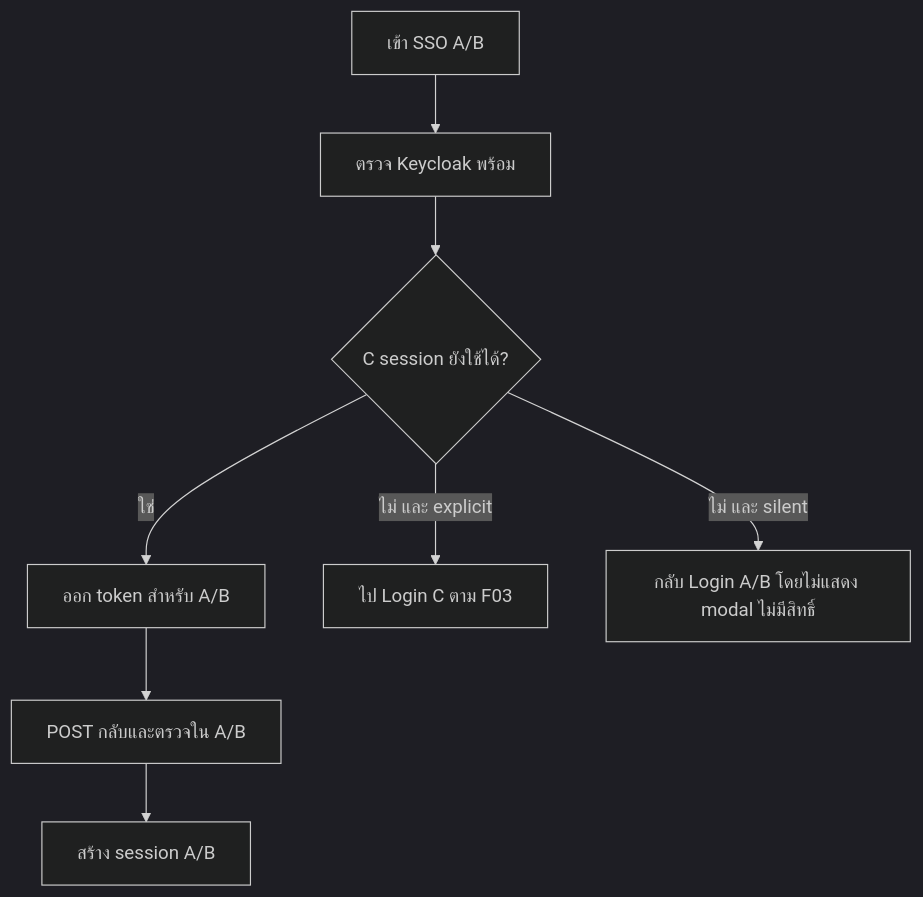
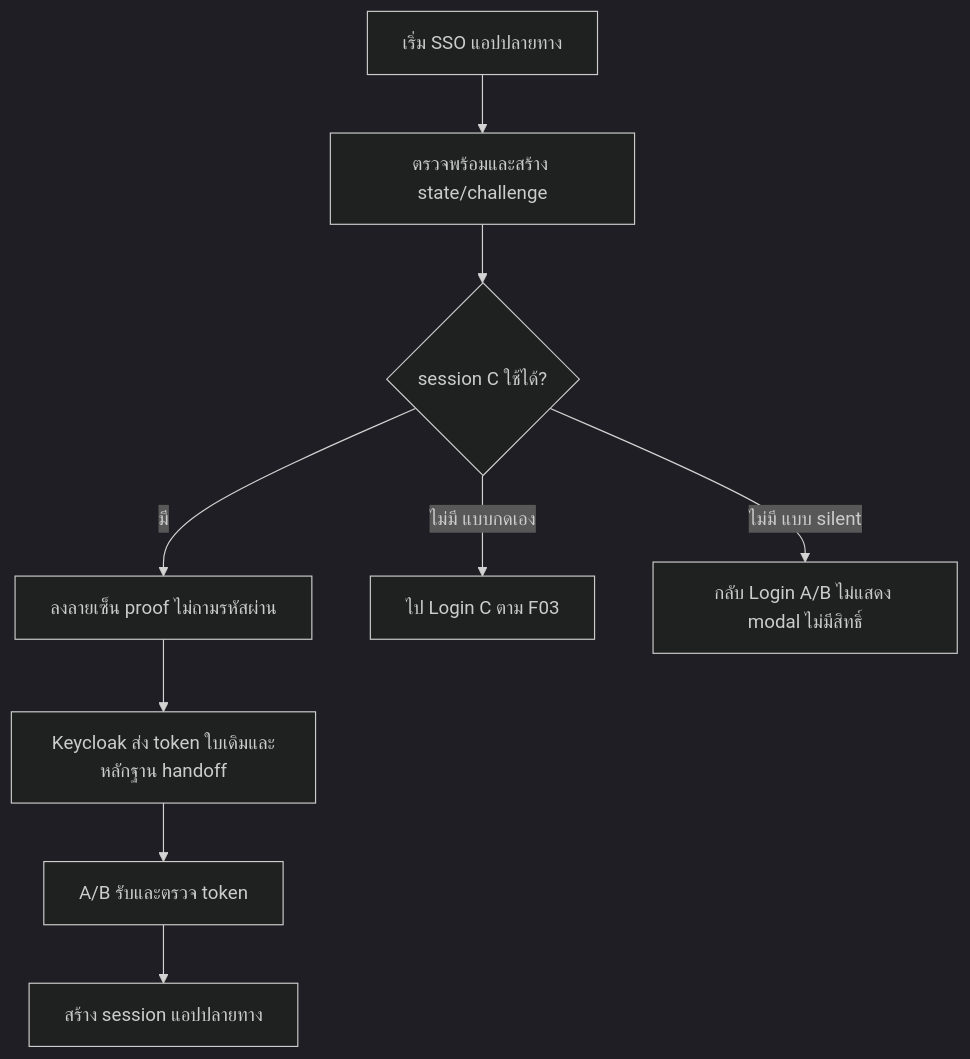
One commit to Sin1apachai/poc_sso changed the eighth of 20 diagrams in docs/flows/LOGIN-AND-SESSION.md. Above: the diagram before and after it, drawn with Mermaid (dark theme). The commit also changed other lines of this file and 149 other files, not shown here.

First line of the commit message:
Use one shared SSO token and simplify login handoff

````diff
--- a/docs/flows/LOGIN-AND-SESSION.md
+++ b/docs/flows/LOGIN-AND-SESSION.md
@@ -181,10 +195,11 @@
 ```mermaid
 flowchart TD
-    S[เข้า SSO A/B] --> P[ตรวจ Keycloak พร้อม]
-    P --> C{C session ยังใช้ได้?}
-    C -->|ใช่| T[ออก token สำหรับ A/B]
-    T --> V[POST กลับและตรวจใน A/B]
-    V --> H[สร้าง session A/B]
-    C -->|ไม่ และ explicit| L[ไป Login C ตาม F03]
-    C -->|ไม่ และ silent| B[กลับ Login A/B โดยไม่แสดง modal ไม่มีสิทธิ์]
+S[เริ่ม SSO แอปปลายทาง] --> P[ตรวจพร้อมและสร้าง state/challenge]
+    P --> C{session C ใช้ได้?}
+    C -->|มี| F[ลงลายเซ็น proof ไม่ถามรหัสผ่าน]
+    C -->|ไม่มี แบบกดเอง| L[ไป Login C ตาม F03]
+    C -->|ไม่มี แบบ silent| B[กลับ Login A/B ไม่แสดง modal ไม่มีสิทธิ์]
+    F --> K[Keycloak ส่ง token ใบเดิมและหลักฐาน handoff]
+    K --> A[A/B รับและตรวจ token]
+    A --> H[สร้าง session แอปปลายทาง]
 ```
````
